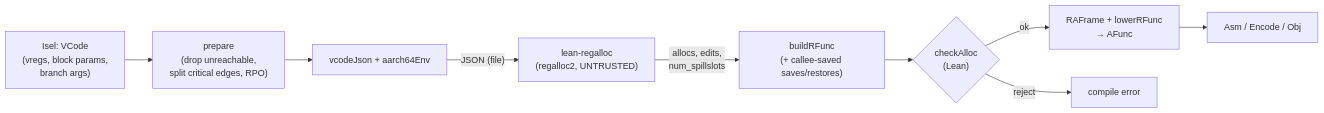
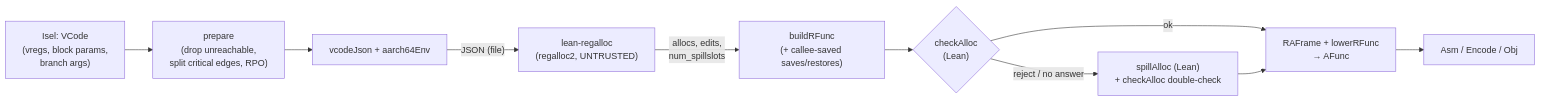
Before and after one commit to eth-act/clifv: the diagram in docs/contracts/regalloc.md, drawn with Mermaid. The commit also changed other lines of this file and 8 other files, not shown here.

Commit message:
V4: dense spill homes, fallback tests (regalloc-test mutants, e2e-check spill line), docs

````diff
--- a/docs/contracts/regalloc.md
+++ b/docs/contracts/regalloc.md
@@ -27,11 +30,12 @@
 ```mermaid
 flowchart LR
   A["Isel: VCode<br/>(vregs, block params,<br/>branch args)"] --> B["prepare<br/>(drop unreachable,<br/>split critical edges, RPO)"]
   B --> C["vcodeJson + aarch64Env"]
   C -- "JSON (file)" --> D["lean-regalloc<br/>(regalloc2, UNTRUSTED)"]
   D -- "allocs, edits,<br/>num_spillslots" --> E["buildRFunc<br/>(+ callee-saved saves/restores)"]
   E --> F{"checkAlloc<br/>(Lean)"}
   F -- ok --> G["RAFrame + lowerRFunc<br/>→ AFunc"]
-  F -- reject --> X["compile error"]
+  F -- "reject / no answer" --> S["spillAlloc (Lean)<br/>+ checkAlloc double-check"]
+  S --> G
   G --> H["Asm / Encode / Obj"]
 ```
````
